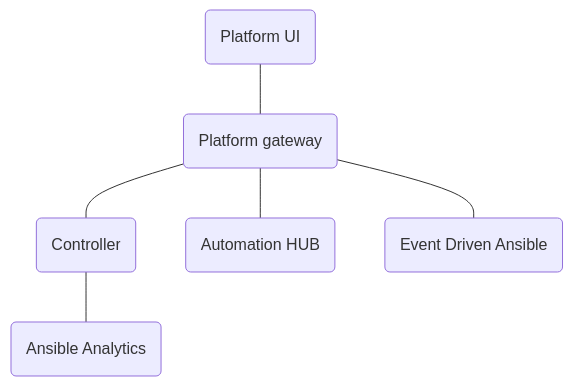
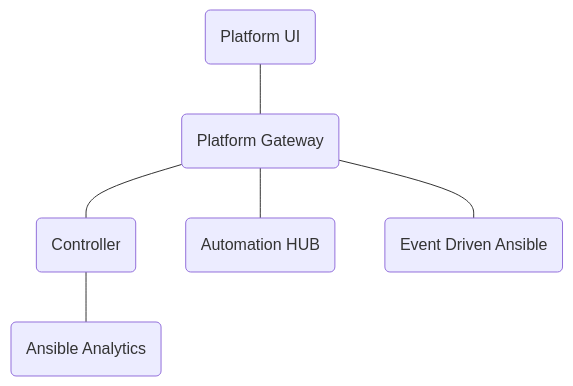
One commit to ansible/ansible-ui changed the diagram in docs/dev/architecture.md. Above: the diagram before and after it, drawn with Mermaid. The commit also changed other lines of this file and 2 other files, not shown here.

````diff
--- a/docs/dev/architecture.md
+++ b/docs/dev/architecture.md
@@ -3,8 +3,8 @@
 ```mermaid
 flowchart TD
-   ui(Platform UI) --- platform(Platform gateway)
+   ui(Platform UI) --- platform(Platform Gateway)
    platform --- awx(Controller)
    platform --- hub(Automation HUB)
    platform --- eda(Event Driven Ansible)
    awx --- aa(Ansible Analytics)
 ```
````
